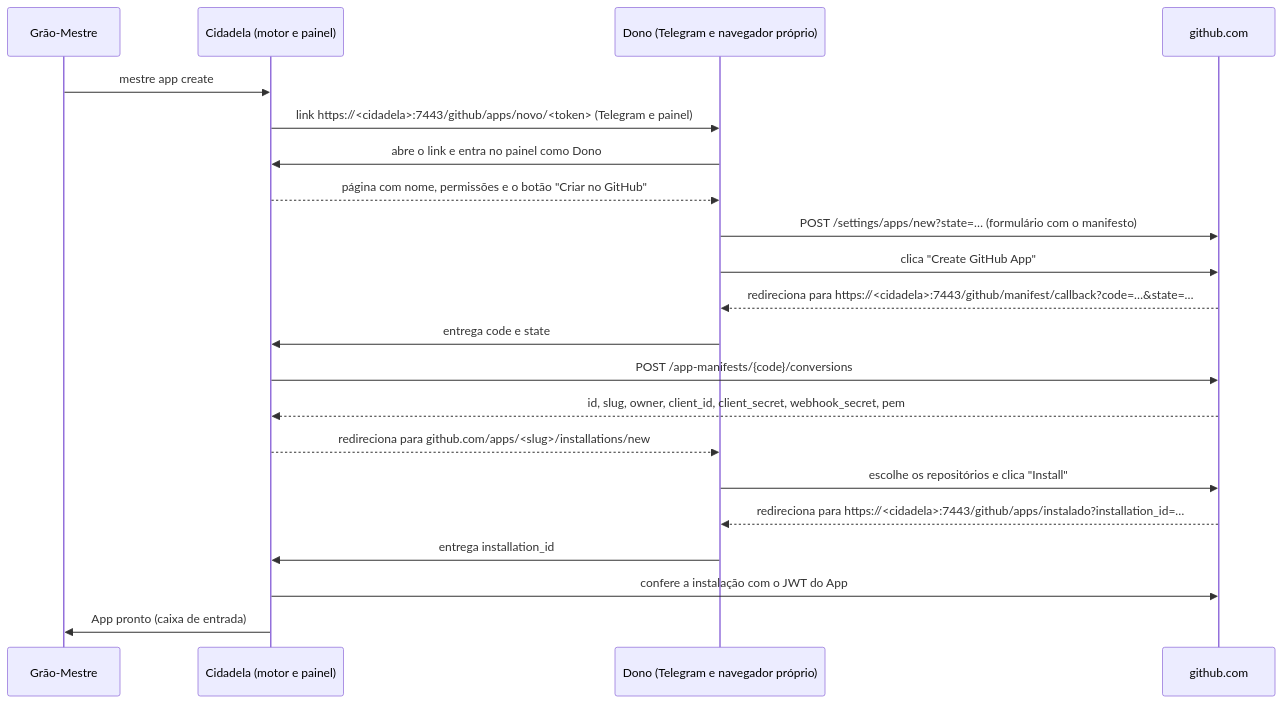
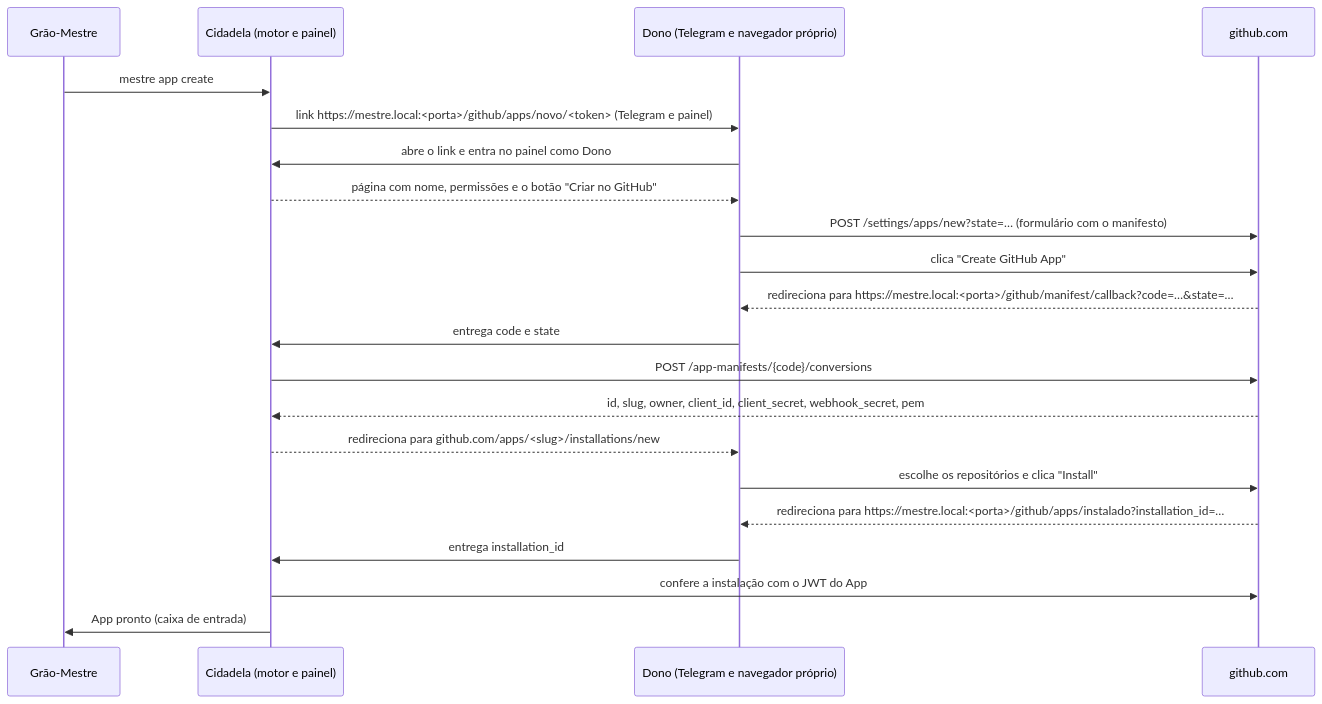
The second of 2 diagrams in docs/github/criacao-de-apps.md (lucasndas/mestre), drawn with Mermaid before and after one commit. The commit also changed other lines of this file and 107 other files, not shown here.

````diff
--- a/docs/github/criacao-de-apps.md
+++ b/docs/github/criacao-de-apps.md
@@ -34,23 +34,23 @@
 ```mermaid
 sequenceDiagram
   participant GM as Grão-Mestre
   participant C as Cidadela (motor e painel)
   participant D as Dono (Telegram e navegador próprio)
   participant G as github.com
   GM->>C: mestre app create
-  C->>D: link https://<cidadela>:7443/github/apps/novo/<token> (Telegram e painel)
+  C->>D: link https://mestre.local:<porta>/github/apps/novo/<token> (Telegram e painel)
   D->>C: abre o link e entra no painel como Dono
   C-->>D: página com nome, permissões e o botão "Criar no GitHub"
   D->>G: POST /settings/apps/new?state=… (formulário com o manifesto)
   D->>G: clica "Create GitHub App"
-  G-->>D: redireciona para https://<cidadela>:7443/github/manifest/callback?code=…&state=…
+  G-->>D: redireciona para https://mestre.local:<porta>/github/manifest/callback?code=…&state=…
   D->>C: entrega code e state
   C->>G: POST /app-manifests/{code}/conversions
   G-->>C: id, slug, owner, client_id, client_secret, webhook_secret, pem
   C-->>D: redireciona para github.com/apps/<slug>/installations/new
   D->>G: escolhe os repositórios e clica "Install"
-  G-->>D: redireciona para https://<cidadela>:7443/github/apps/instalado?installation_id=…
+  G-->>D: redireciona para https://mestre.local:<porta>/github/apps/instalado?installation_id=…
   D->>C: entrega installation_id
   C->>G: confere a instalação com o JWT do App
   C->>GM: App pronto (caixa de entrada)
 ```
````
